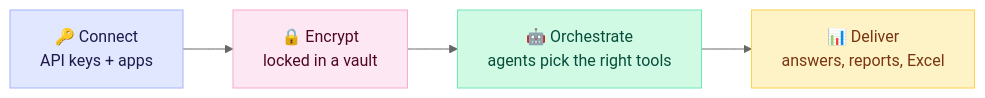
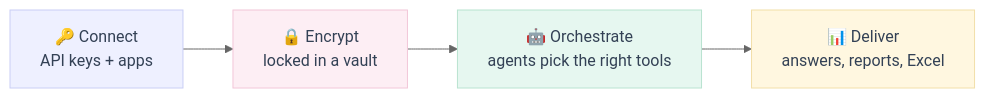
One commit to sowaxer/quivo-app changed the first of 5 diagrams in README.md. Above: the diagram before and after it, drawn with Mermaid (neutral theme). The commit also changed other lines of this file, not shown here.

First line of the commit message:
README: uniform light pastel palette for all diagrams

````diff
--- a/README.md
+++ b/README.md
@@ -64,14 +64,14 @@
 ```mermaid
 flowchart LR
     A["🔑 Connect<br/>API keys + apps"] --> B["🔒 Encrypt<br/>locked in a vault"]
     B --> C["🤖 Orchestrate<br/>agents pick the right tools"]
     C --> D["📊 Deliver<br/>answers, reports, Excel"]
-    classDef p1 fill:#E0E7FF,stroke:#A5B4FC,color:#1E1B4B
-    classDef p2 fill:#FCE7F3,stroke:#F9A8D4,color:#500724
-    classDef p3 fill:#D1FAE5,stroke:#6EE7B7,color:#064E3B
-    classDef p4 fill:#FEF3C7,stroke:#FCD34D,color:#78350F
+    classDef p1 fill:#EEF0FF,stroke:#C9CEF5,color:#334155
+    classDef p2 fill:#FDEEF4,stroke:#F2C6D8,color:#334155
+    classDef p3 fill:#E6F7F0,stroke:#B8E3D0,color:#334155
+    classDef p4 fill:#FFF7E0,stroke:#F2DFA8,color:#334155
     class A p1
     class B p2
     class C p3
     class D p4
 ```
````
